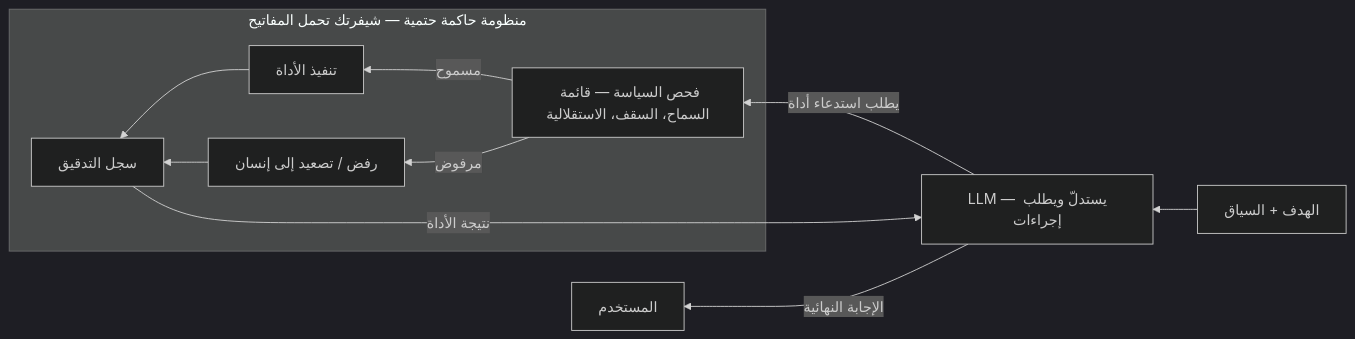
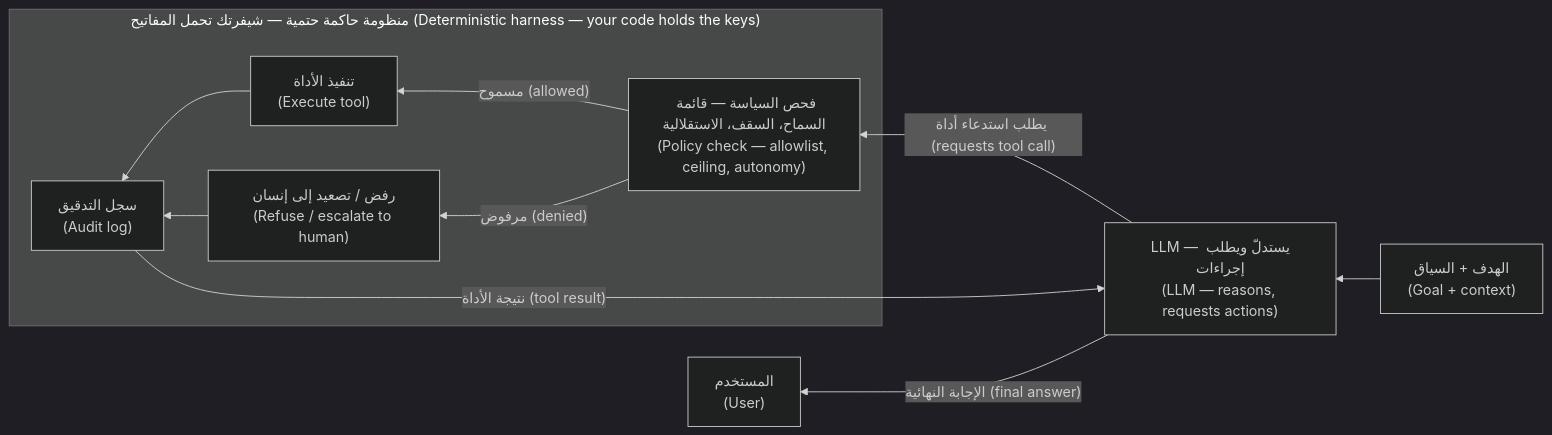
Before and after one commit to Tamoura/AI-agents: the second of 10 diagrams in qdb-agent-framework/docs/LEARNING-PATH.ar.md, drawn with Mermaid (dark theme). The commit also changed other lines of this file and 3 other files, not shown here.

First line of the commit message:
Arabic docs: English on every diagram label; rebuild Arabic HTML

````diff
--- a/qdb-agent-framework/docs/LEARNING-PATH.ar.md
+++ b/qdb-agent-framework/docs/LEARNING-PATH.ar.md
@@ -111,13 +111,13 @@
 ```mermaid
 flowchart RL
-    G["الهدف + السياق"] --> M["LLM — يستدلّ ويطلب إجراءات"]
-    M -->|"يطلب استدعاء أداة"| P["فحص السياسة — قائمة السماح، السقف، الاستقلالية"]
-    subgraph HARNESS["منظومة حاكمة حتمية — شيفرتك تحمل المفاتيح"]
-        P -->|مسموح| E["تنفيذ الأداة"]
-        P -->|مرفوض| D["رفض / تصعيد إلى إنسان"]
-        E --> A["سجل التدقيق"]
+    G["الهدف + السياق<br/>(Goal + context)"] --> M["LLM — يستدلّ ويطلب إجراءات<br/>(LLM — reasons, requests actions)"]
+    M -->|"يطلب استدعاء أداة (requests tool call)"| P["فحص السياسة — قائمة السماح، السقف، الاستقلالية<br/>(Policy check — allowlist, ceiling, autonomy)"]
+    subgraph HARNESS["منظومة حاكمة حتمية — شيفرتك تحمل المفاتيح (Deterministic harness — your code holds the keys)"]
+        P -->|"مسموح (allowed)"| E["تنفيذ الأداة<br/>(Execute tool)"]
+        P -->|"مرفوض (denied)"| D["رفض / تصعيد إلى إنسان<br/>(Refuse / escalate to human)"]
+        E --> A["سجل التدقيق<br/>(Audit log)"]
         D --> A
     end
-    A -->|"نتيجة الأداة"| M
-    M -->|"الإجابة النهائية"| U["المستخدم"]
+    A -->|"نتيجة الأداة (tool result)"| M
+    M -->|"الإجابة النهائية (final answer)"| U["المستخدم<br/>(User)"]
 ```
````
